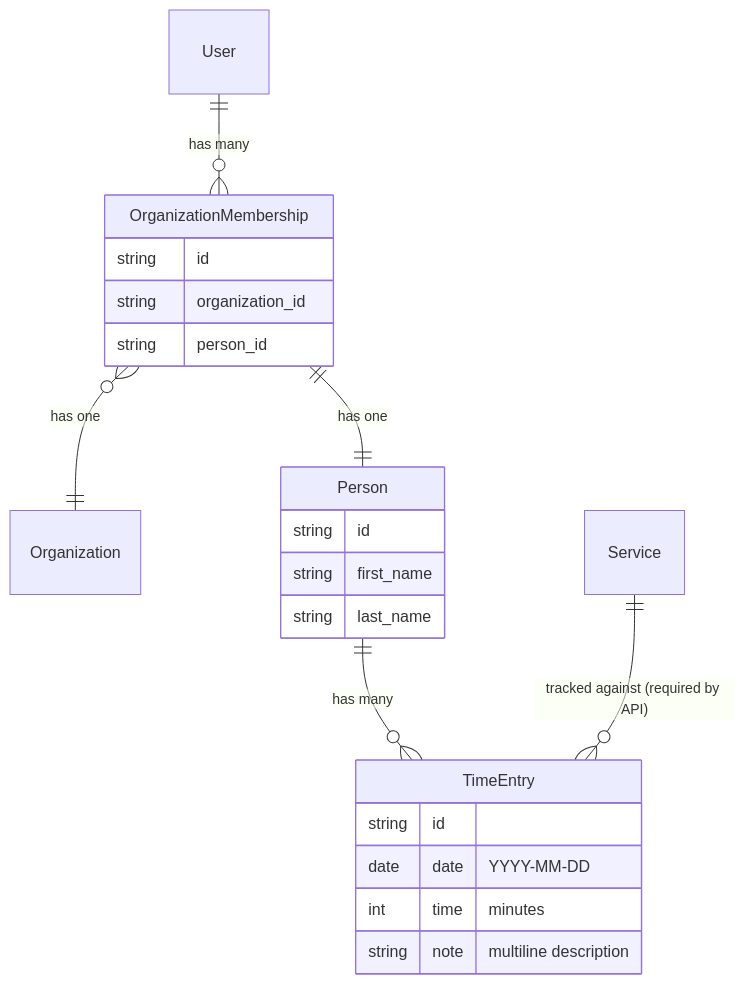
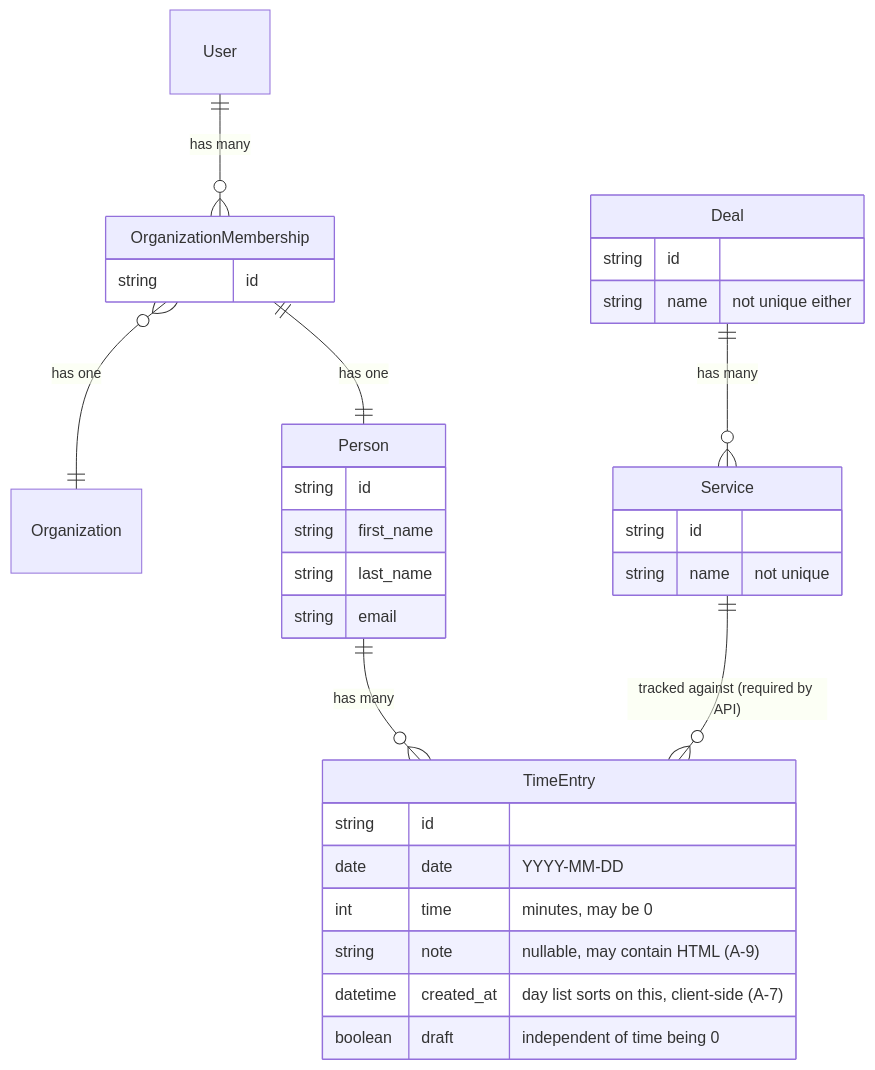
One commit to mrbosco/productive-time-tracker changed the diagram in docs/diagrams/02-domain-model.mmd. Above: the diagram before and after it, drawn with Mermaid. The commit also changed 58 other files, not shown here.

First line of the commit message:
feat(api): add json:api client and typed resource modules (N-2) (#2)

```diff
--- a/docs/diagrams/02-domain-model.mmd
+++ b/docs/diagrams/02-domain-model.mmd
@@ -1,23 +1,38 @@
 erDiagram
     User ||--o{ OrganizationMembership : "has many"
     OrganizationMembership }o--|| Organization : "has one"
     OrganizationMembership ||--|| Person : "has one"
     Person ||--o{ TimeEntry : "has many"
     Service ||--o{ TimeEntry : "tracked against (required by API)"
+    Deal ||--o{ Service : "has many"
 
     TimeEntry {
         string id
         date date "YYYY-MM-DD"
-        int time "minutes"
-        string note "multiline description"
+        int time "minutes, may be 0"
+        string note "nullable, may contain HTML (A-9)"
+        datetime created_at "day list sorts on this, client-side (A-7)"
+        boolean draft "independent of time being 0"
     }
     Person {
         string id
         string first_name
         string last_name
+        string email
     }
     OrganizationMembership {
         string id
-        string organization_id
-        string person_id
     }
+    Service {
+        string id
+        string name "not unique"
+    }
+    Deal {
+        string id
+        string name "not unique either"
+    }
+
+%% OrganizationMembership exposes person and organization as relationships only.
+%% There is no organization_id or person_id attribute: an un-included relationship
+%% serialises as {"meta":{"included":false}} with no data and no id, so the person
+%% is reachable only via ?include=person. See docs/api/README.md.
```
